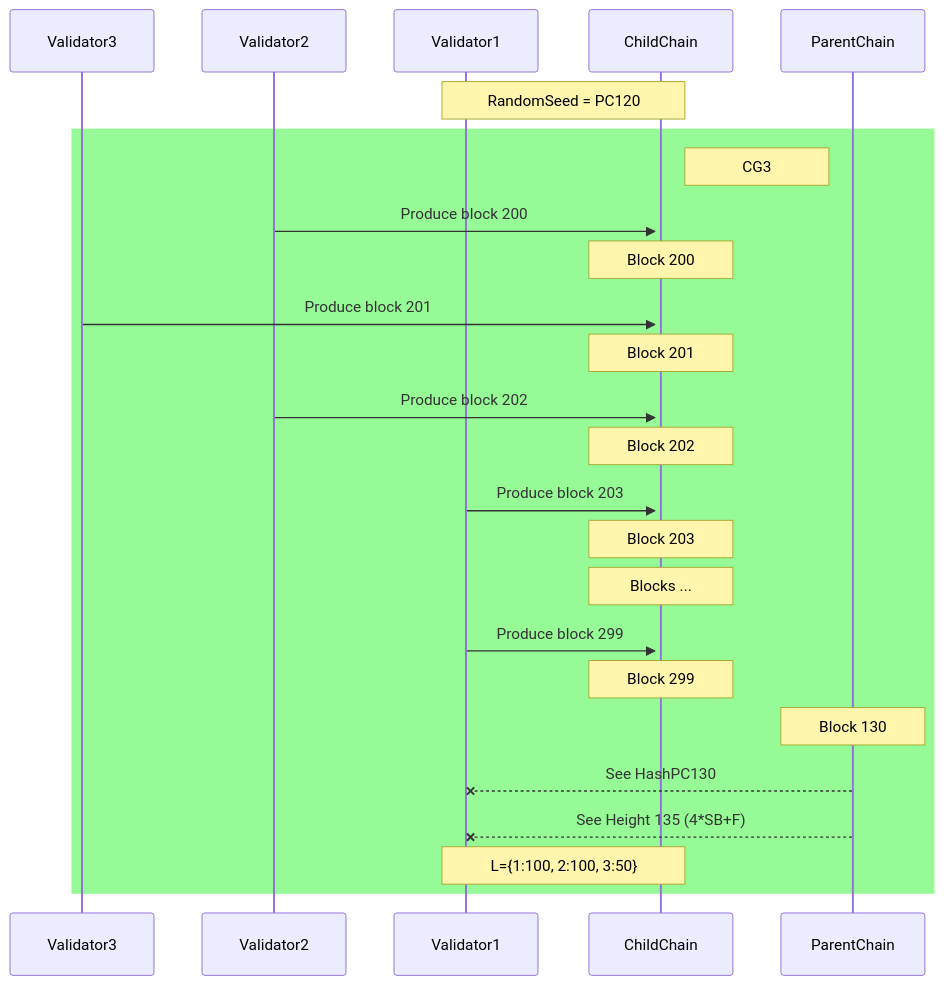
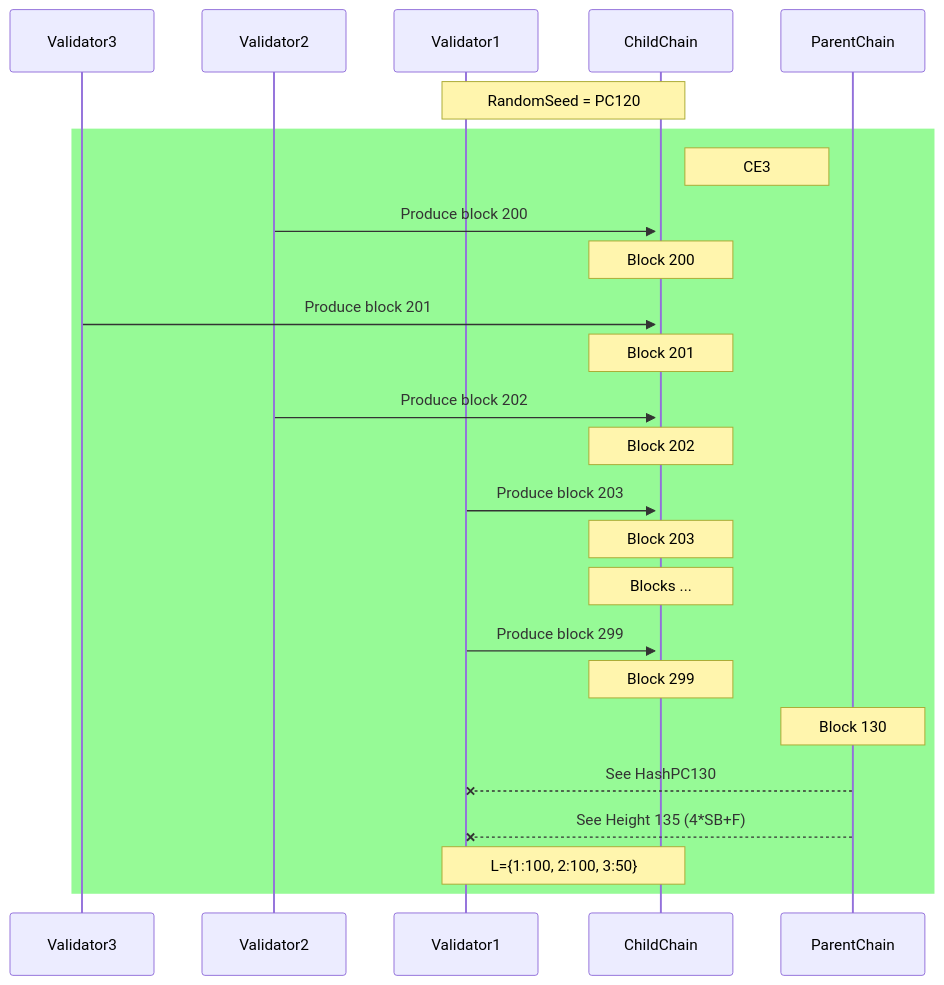
Before and after one commit to aeternity/hyperchains-whitepaper: the fifth of 5 diagrams in Periodically-Syncing-HyperChains.md, drawn with Mermaid. The commit also changed other lines of this file, not shown here.

Commit message:
More CG instead of CE (epoch)

````diff
--- a/Periodically-Syncing-HyperChains.md
+++ b/Periodically-Syncing-HyperChains.md
@@ -394,28 +394,28 @@
 ```mermaid
 sequenceDiagram
     participant Validator3
     participant Validator2
     participant Validator1
     participant ChildChain
     participant ParentChain
 
     Note over Validator1,ChildChain: RandomSeed = PC120
     rect rgb(150, 250, 150)
-    note right of ChildChain: CG3
+    note right of ChildChain: CE3
     Validator2->>+ChildChain: Produce block 200
     Note over ChildChain: Block 200
     Validator3->>+ChildChain: Produce block 201
     Note over ChildChain: Block 201
     Validator2->>+ChildChain: Produce block 202
     Note over ChildChain: Block 202
     Validator1->>+ChildChain: Produce block 203
     Note over ChildChain: Block 203
     Note over ChildChain: Blocks ...
     Validator1->>+ChildChain: Produce block 299
     Note over ChildChain: Block 299
     Note over ParentChain: Block 130
     ParentChain--xValidator1: See HashPC130
     ParentChain--xValidator1: See Height 135 (4*SB+F)
     Note over Validator1,ChildChain: L={1:100, 2:100, 3:50}
     end
 ```
````
